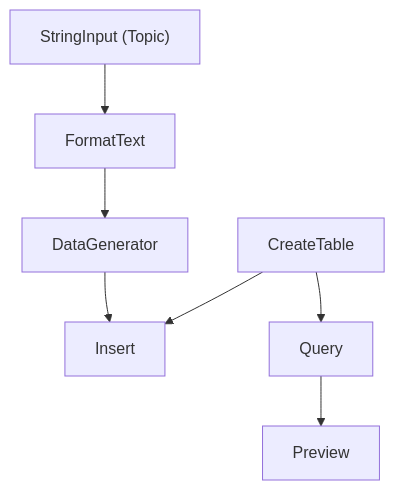
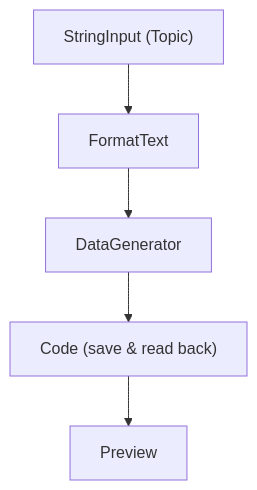
The fifth of 14 diagrams in docs/cookbook/patterns.md (nodetool-ai/nodetool), drawn with Mermaid before and after one commit. The commit also changed other lines of this file and 21 other files, not shown here.

```diff
--- a/docs/cookbook/patterns.md
+++ b/docs/cookbook/patterns.md
@@ -188,16 +188,12 @@
 {% mermaid %}
 graph TD
   topic_input["StringInput (Topic)"]
-  create_table["CreateTable"]
   format_prompt["FormatText"]
   generate_flashcards["DataGenerator"]
-  insert_flashcard["Insert"]
-  query_all["Query"]
+  store_cards["Code (save & read back)"]
   display_result["Preview"]
   topic_input --> format_prompt
   format_prompt --> generate_flashcards
-  generate_flashcards --> insert_flashcard
-  create_table --> query_all
-  create_table --> insert_flashcard
-  query_all --> display_result
+  generate_flashcards --> store_cards
+  store_cards --> display_result
 {% endmermaid %}
```
